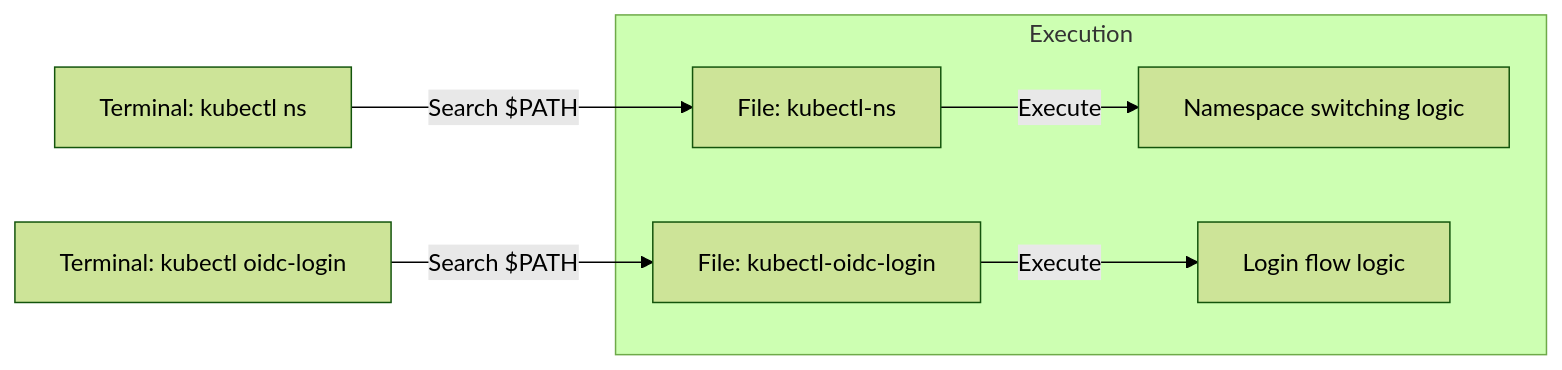
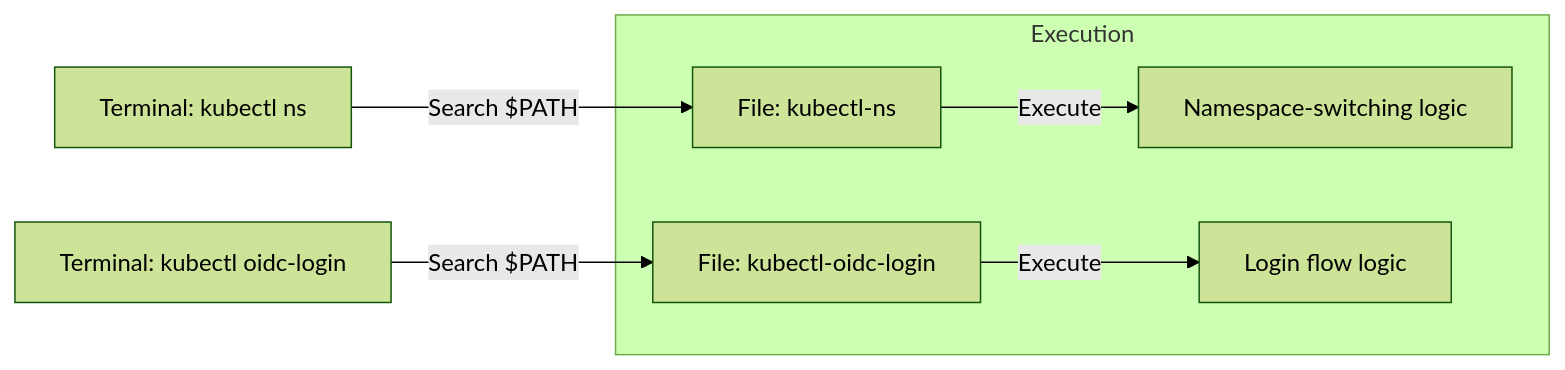
The diagram in content/labs/40-kubectl-plugin-guide.md (jeonck/k8s-adv), drawn with Mermaid (forest theme) before and after one commit. The commit also changed other lines of this file and 53 other files, not shown here.

````diff
--- a/content/labs/40-kubectl-plugin-guide.md
+++ b/content/labs/40-kubectl-plugin-guide.md
@@ -30,10 +30,10 @@
 ```mermaid
 graph LR
     Input["Terminal: kubectl ns"] -- "Search $PATH" --> File["File: kubectl-ns"]
     Input2["Terminal: kubectl oidc-login"] -- "Search $PATH" --> File2["File: kubectl-oidc-login"]
     
     subgraph Execution
-    File -- "Execute" --> Result["Namespace switching logic"]
+    File -- "Execute" --> Result["Namespace-switching logic"]
     File2 -- "Execute" --> Result2["Login flow logic"]
     end
 ```
````
